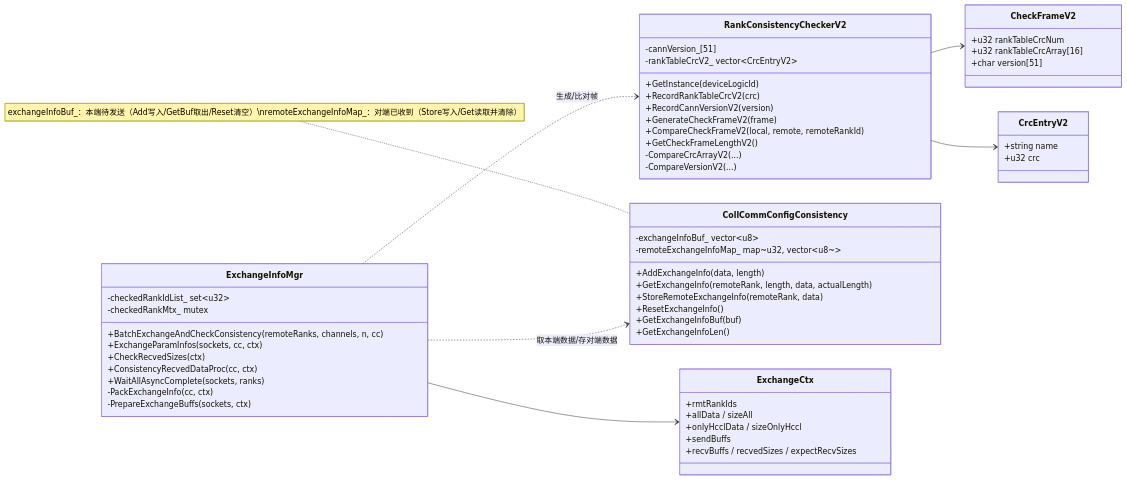
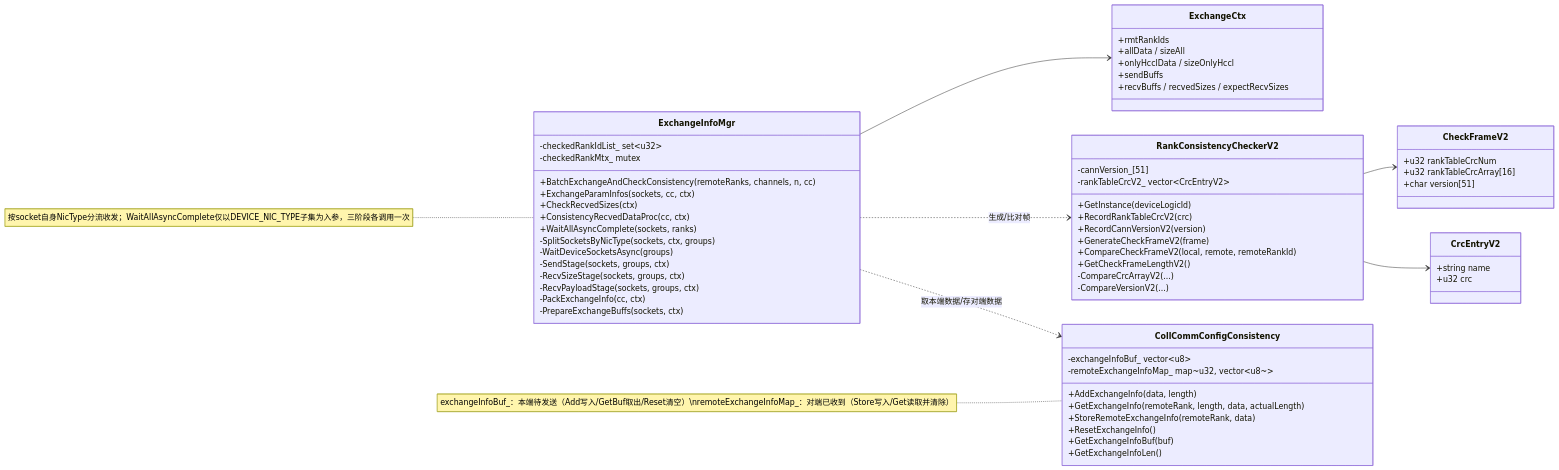
Before and after one commit to Atlas-Ascend-Fork/hcomm: the third of 3 diagrams in src/coll_communicator_mgr/dfx/inconsistentCheck/README.md, drawn with Mermaid. The commit also changed other lines of this file and 4 other files, not shown here.

First paragraph of the commit message:
[fix]exchange_info_mgr拆分阶段函数

````diff
--- a/src/coll_communicator_mgr/dfx/inconsistentCheck/README.md
+++ b/src/coll_communicator_mgr/dfx/inconsistentCheck/README.md
@@ -138,66 +138,72 @@
 ```mermaid
 classDiagram
     direction LR
 
     class CheckFrameV2 {
         +u32 rankTableCrcNum
         +u32 rankTableCrcArray[16]
         +char version[51]
     }
 
     class CrcEntryV2 {
         +string name
         +u32 crc
     }
 
     class RankConsistencyCheckerV2 {
         +GetInstance(deviceLogicId)
         +RecordRankTableCrcV2(crc)
         +RecordCannVersionV2(version)
         +GenerateCheckFrameV2(frame)
         +CompareCheckFrameV2(local, remote, remoteRankId)
         +GetCheckFrameLengthV2()
         -CompareCrcArrayV2(...)
         -CompareVersionV2(...)
         -cannVersion_[51]
         -rankTableCrcV2_ vector~CrcEntryV2~
     }
 
     class CollCommConfigConsistency {
         +AddExchangeInfo(data, length)
         +GetExchangeInfo(remoteRank, length, data, actualLength)
         +StoreRemoteExchangeInfo(remoteRank, data)
         +ResetExchangeInfo()
         +GetExchangeInfoBuf(buf)
         +GetExchangeInfoLen()
         -exchangeInfoBuf_ vector~u8~
         -remoteExchangeInfoMap_ map~u32, vector~u8~~
     }
     note for CollCommConfigConsistency "exchangeInfoBuf_：本端待发送（Add写入/GetBuf取出/Reset清空）\nremoteExchangeInfoMap_：对端已收到（Store写入/Get读取并清除）"
 
     class ExchangeInfoMgr {
         +BatchExchangeAndCheckConsistency(remoteRanks, channels, n, cc)
         +ExchangeParamInfos(sockets, cc, ctx)
         +CheckRecvedSizes(ctx)
         +ConsistencyRecvedDataProc(cc, ctx)
         +WaitAllAsyncComplete(sockets, ranks)
+        -SplitSocketsByNicType(sockets, ctx, groups)
+        -WaitDeviceSocketsAsync(groups)
+        -SendStage(sockets, groups, ctx)
+        -RecvSizeStage(sockets, groups, ctx)
+        -RecvPayloadStage(sockets, groups, ctx)
         -PackExchangeInfo(cc, ctx)
         -PrepareExchangeBuffs(sockets, ctx)
         -checkedRankIdList_ set~u32~
         -checkedRankMtx_ mutex
     }
+    note for ExchangeInfoMgr "按socket自身NicType分流收发；WaitAllAsyncComplete仅以DEVICE_NIC_TYPE子集为入参，三阶段各调用一次"
 
     class ExchangeCtx {
         +rmtRankIds
         +allData / sizeAll
         +onlyHcclData / sizeOnlyHccl
         +sendBuffs
         +recvBuffs / recvedSizes / expectRecvSizes
     }
 
     RankConsistencyCheckerV2 --> CheckFrameV2
     RankConsistencyCheckerV2 --> CrcEntryV2
     ExchangeInfoMgr --> ExchangeCtx
     ExchangeInfoMgr ..> RankConsistencyCheckerV2 : 生成/比对帧
     ExchangeInfoMgr ..> CollCommConfigConsistency : 取本端数据/存对端数据
 ```
````
